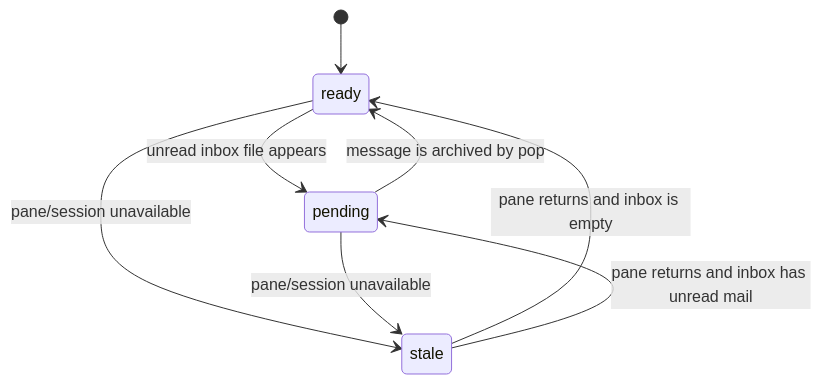
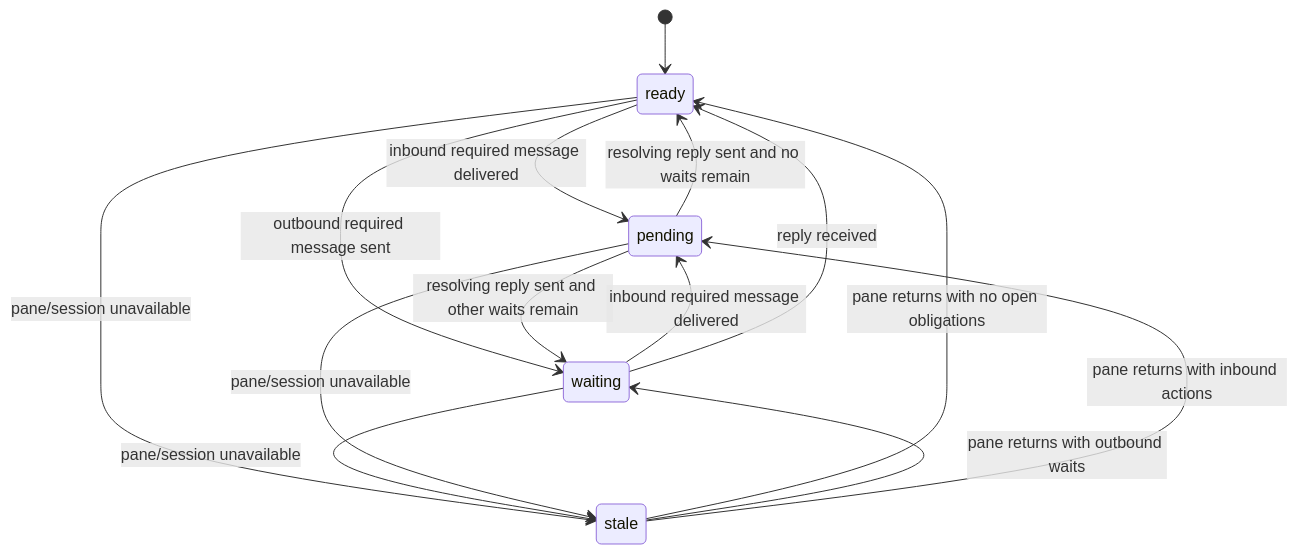
The diagram in docs/design/node-state-machine.md (i9wa4/tmux-a2a-postman), drawn with Mermaid before and after one commit. The commit also changed other lines of this file and 24 other files, not shown here.

````diff
--- a/docs/design/node-state-machine.md
+++ b/docs/design/node-state-machine.md
@@ -36,10 +43,16 @@
 ```mermaid
 stateDiagram-v2
     [*] --> ready
-    ready --> pending: unread inbox file appears
-    pending --> ready: message is archived by pop
+    ready --> pending: inbound required message delivered
+    ready --> waiting: outbound required message sent
+    pending --> waiting: resolving reply sent and other waits remain
+    pending --> ready: resolving reply sent and no waits remain
+    waiting --> pending: inbound required message delivered
+    waiting --> ready: reply received
     ready --> stale: pane/session unavailable
+    waiting --> stale: pane/session unavailable
     pending --> stale: pane/session unavailable
-    stale --> ready: pane returns and inbox is empty
-    stale --> pending: pane returns and inbox has unread mail
+    stale --> ready: pane returns with no open obligations
+    stale --> waiting: pane returns with outbound waits
+    stale --> pending: pane returns with inbound actions
 ```
````
